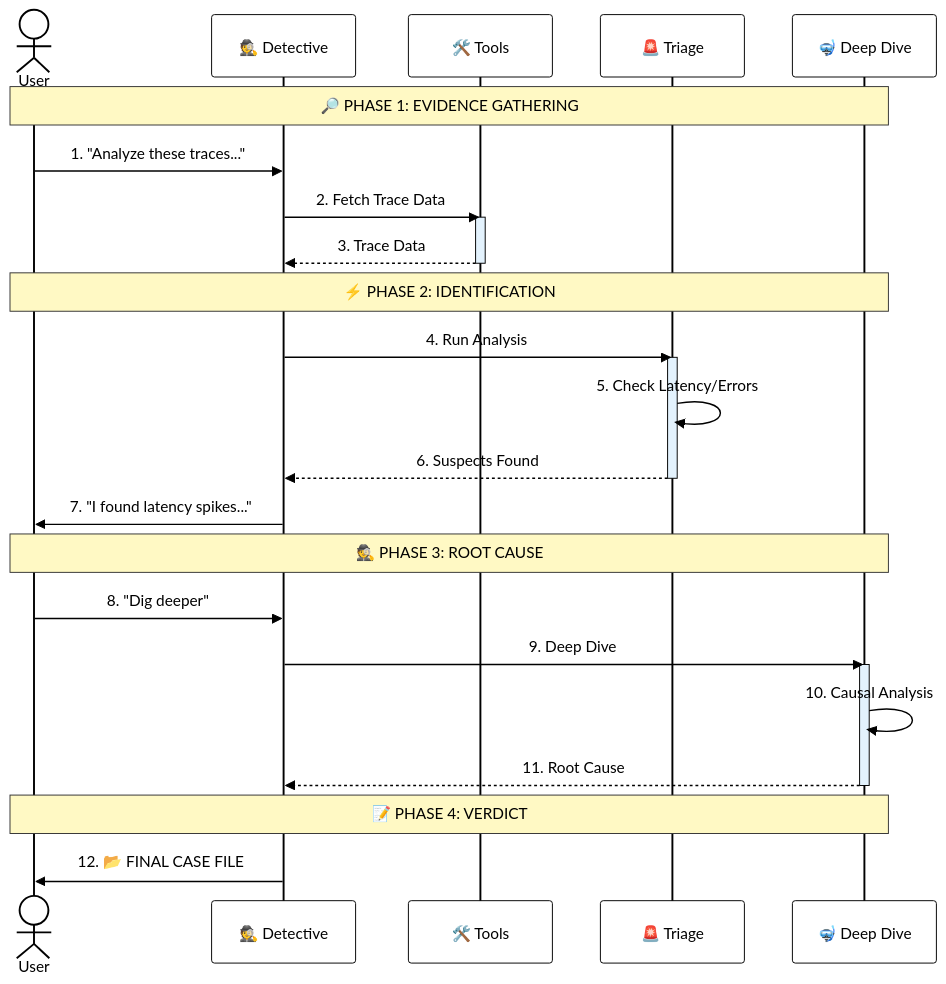
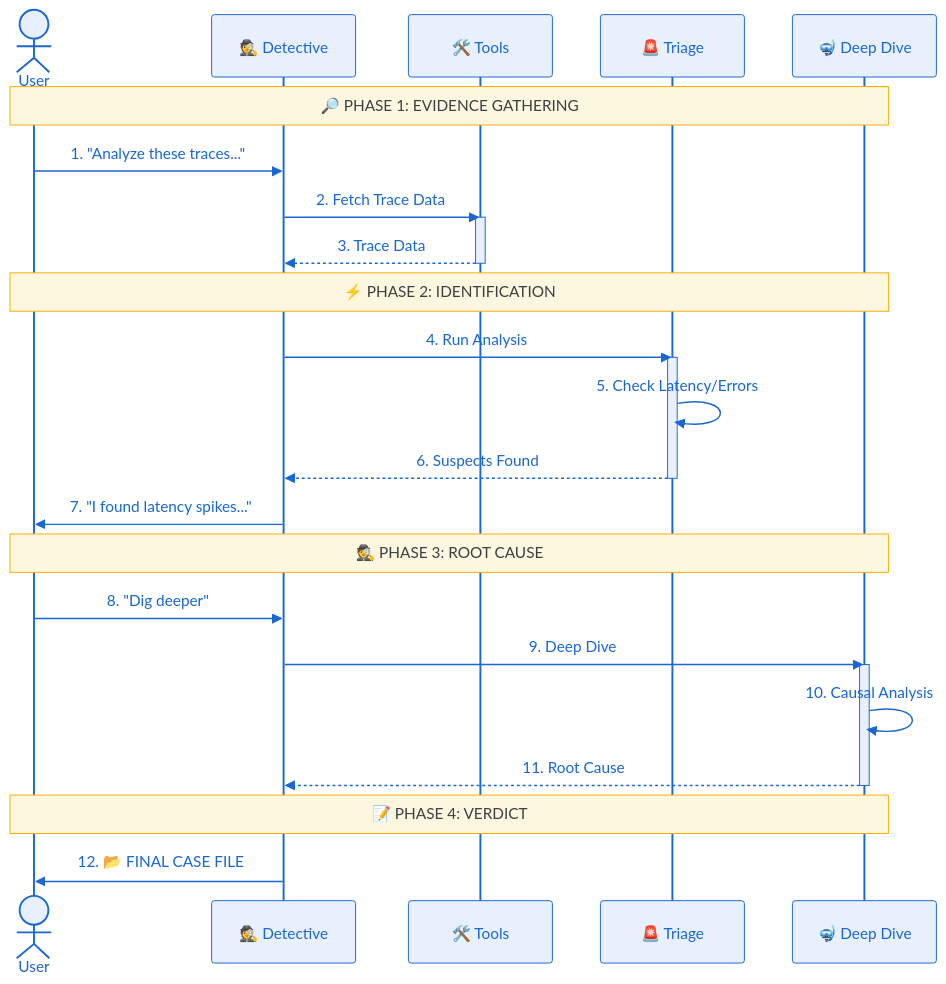
Before and after one commit to srtux/sre-agent: the second of 2 diagrams in README.md, drawn with Mermaid. The commit also changed other lines of this file, not shown here.

````diff
--- a/README.md
+++ b/README.md
@@ -119,67 +112,56 @@
 ```mermaid
 %%{init: {
   'theme': 'base',
   'themeVariables': {
-    'darkMode': false,
-    'background': '#ffffff',
-    'mainBkg': '#ffffff',
-    'fontFamily': 'arial',
-    'fontSize': '16px',
-    'textColor': '#000000',
-    'primaryTextColor': '#000000',
-    'actorTextColor': '#000000',
-    'actorBorder': '#000000',
-    'actorBkg': '#ffffff',
-    'actorLineColor': '#000000',
-    'signalColor': '#000000',
-    'signalTextColor': '#000000',
-    'labelBoxBkgColor': '#ffffff',
-    'labelBoxBorderColor': '#000000',
-    'labelTextColor': '#000000',
-    'loopTextColor': '#000000',
-    'noteBkgColor': '#fff9c4',
-    'noteBorderColor': '#333333',
-    'noteTextColor': '#000000',
-    'activationBorderColor': '#000000',
-    'activationBkgColor': '#e3f2fd'
+    'primaryColor': '#E8F0FE',
+    'primaryTextColor': '#1967D2',
+    'primaryBorderColor': '#1967D2',
+    'lineColor': '#5F6368',
+    'fontFamily': 'inherit',
+    'fontSize': '14px',
+    'noteBkgColor': '#FEF7E0',
+    'noteBorderColor': '#F9AB00',
+    'noteTextColor': '#3C4043',
+    'activationBkgColor': '#E8F0FE',
+    'activationBorderColor': '#1967D2'
   }
 }}%%
 sequenceDiagram
     actor User
     participant Det as 🕵️ Detective
     participant Tools as 🛠️ Tools
     participant S1 as 🚨 Triage
     participant S2 as 🤿 Deep Dive
 
     Note over User, S2: 🔎 PHASE 1: EVIDENCE GATHERING
 
     User->>Det: 1. "Analyze these traces..."
     Det->>Tools: 2. Fetch Trace Data
     activate Tools
     Tools-->>Det: 3. Trace Data
     deactivate Tools
 
     Note over User, S2: ⚡ PHASE 2: IDENTIFICATION
 
     Det->>S1: 4. Run Analysis
     activate S1
     S1->>S1: 5. Check Latency/Errors
     S1-->>Det: 6. Suspects Found
     deactivate S1
     
     Det->>User: 7. "I found latency spikes..."
 
     Note over User, S2: 🕵️ PHASE 3: ROOT CAUSE
 
     User->>Det: 8. "Dig deeper"
     
     Det->>S2: 9. Deep Dive
     activate S2
     S2->>S2: 10. Causal Analysis
     S2-->>Det: 11. Root Cause
     deactivate S2
 
     Note over User, S2: 📝 PHASE 4: VERDICT
     
     Det->>User: 12. 📂 FINAL CASE FILE
 ```
````
